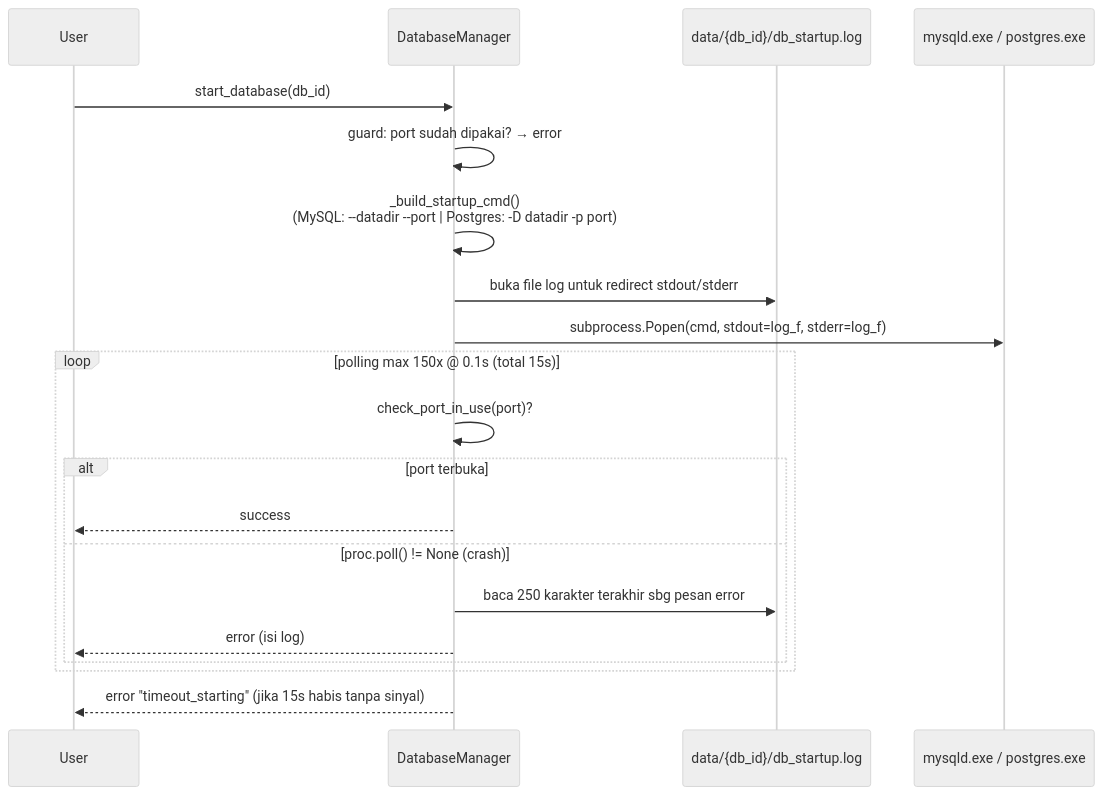
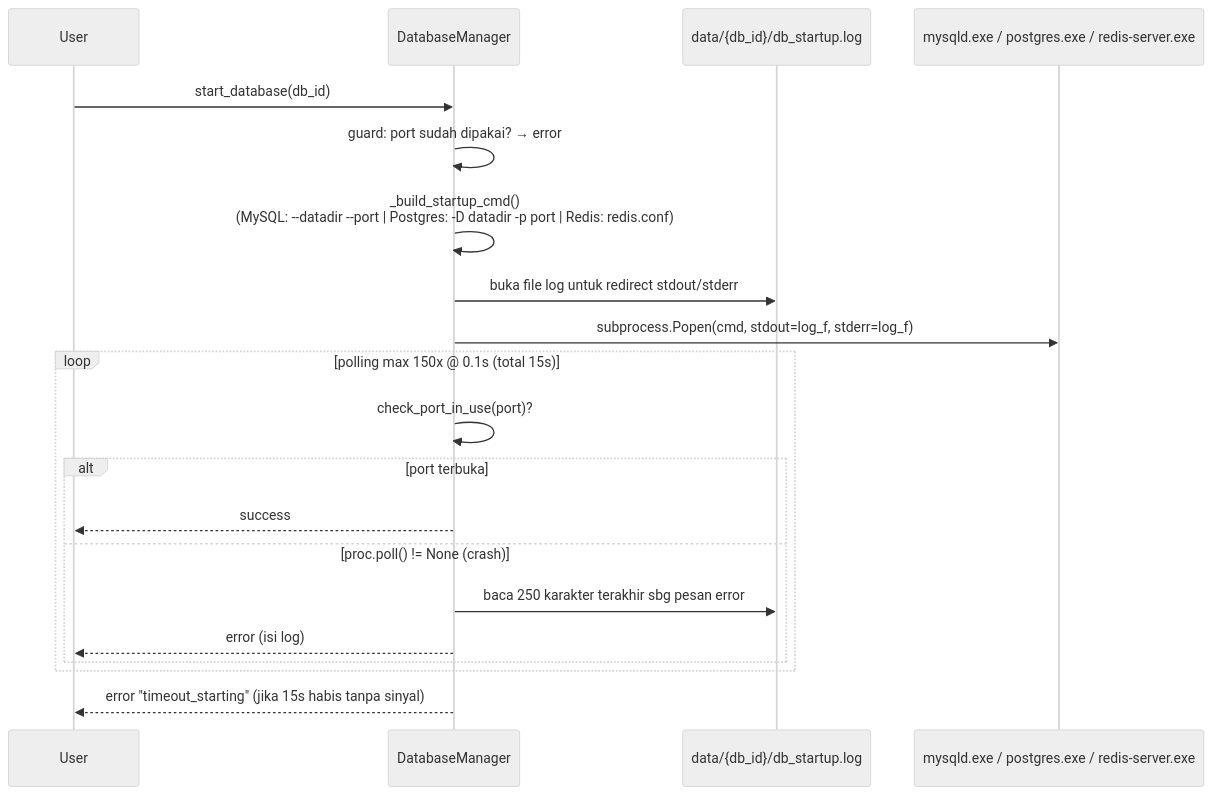
The sixth of 17 diagrams in docs/backend_services.md (authntcG/vyloserve), drawn with Mermaid (neutral theme) before and after one commit. The commit also changed other lines of this file and 101 other files, not shown here.

````diff
--- a/docs/backend_services.md
+++ b/docs/backend_services.md
@@ -349,23 +397,23 @@
 ```mermaid
 sequenceDiagram
     participant U as User
     participant D as DatabaseManager
     participant Log as data/{db_id}/db_startup.log
-    participant OS as mysqld.exe / postgres.exe
+    participant OS as mysqld.exe / postgres.exe / redis-server.exe
 
     U->>D: start_database(db_id)
     D->>D: guard: port sudah dipakai? → error
-    D->>D: _build_startup_cmd()<br/>(MySQL: --datadir --port | Postgres: -D datadir -p port)
+    D->>D: _build_startup_cmd()<br/>(MySQL: --datadir --port | Postgres: -D datadir -p port | Redis: redis.conf)
     D->>Log: buka file log untuk redirect stdout/stderr
     D->>OS: subprocess.Popen(cmd, stdout=log_f, stderr=log_f)
     loop polling max 150x @ 0.1s (total 15s)
         D->>D: check_port_in_use(port)?
         alt port terbuka
             D-->>U: success
         else proc.poll() != None (crash)
             D->>Log: baca 250 karakter terakhir sbg pesan error
             D-->>U: error (isi log)
         end
     end
     D-->>U: error "timeout_starting" (jika 15s habis tanpa sinyal)
 ```
````
